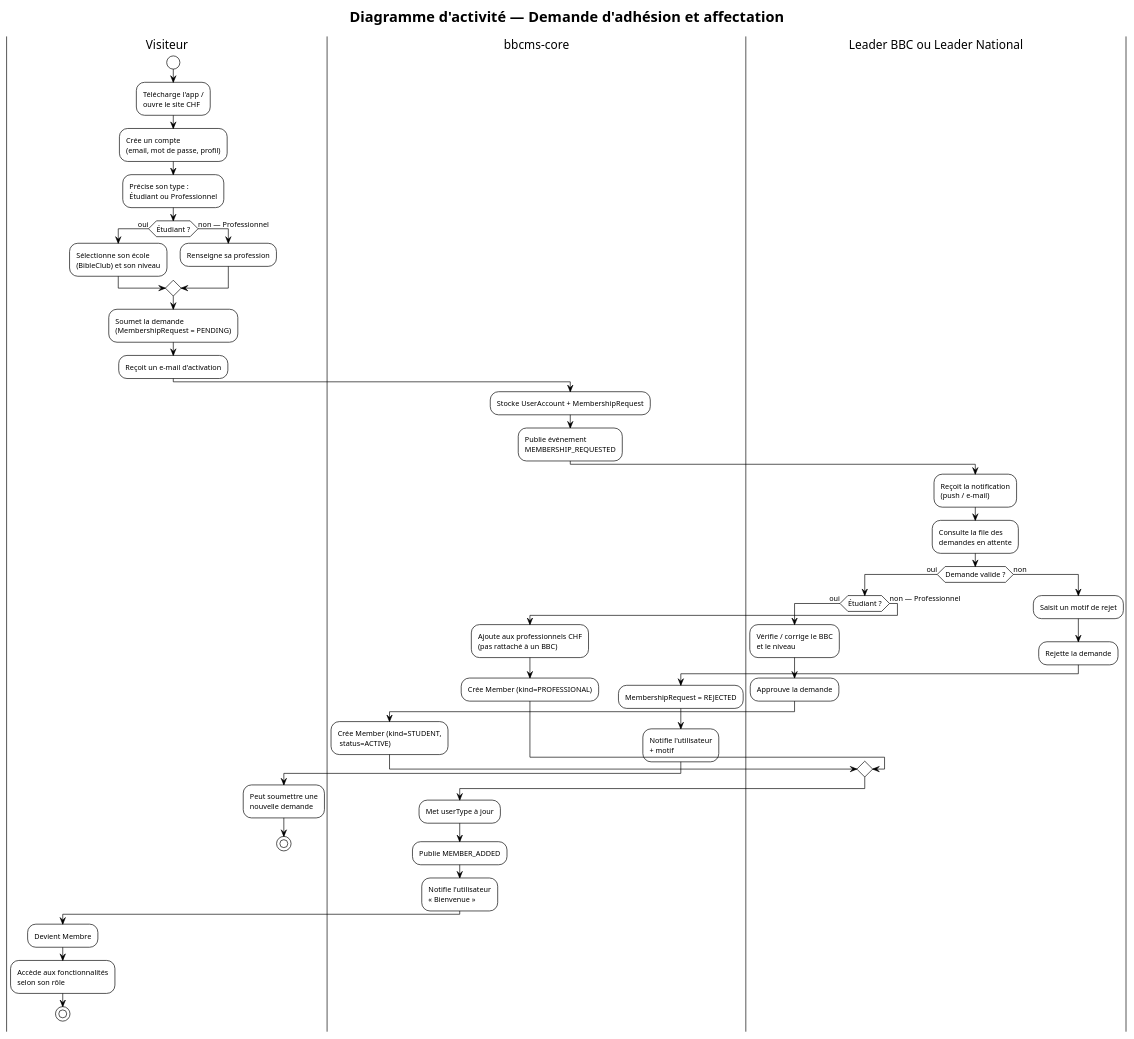
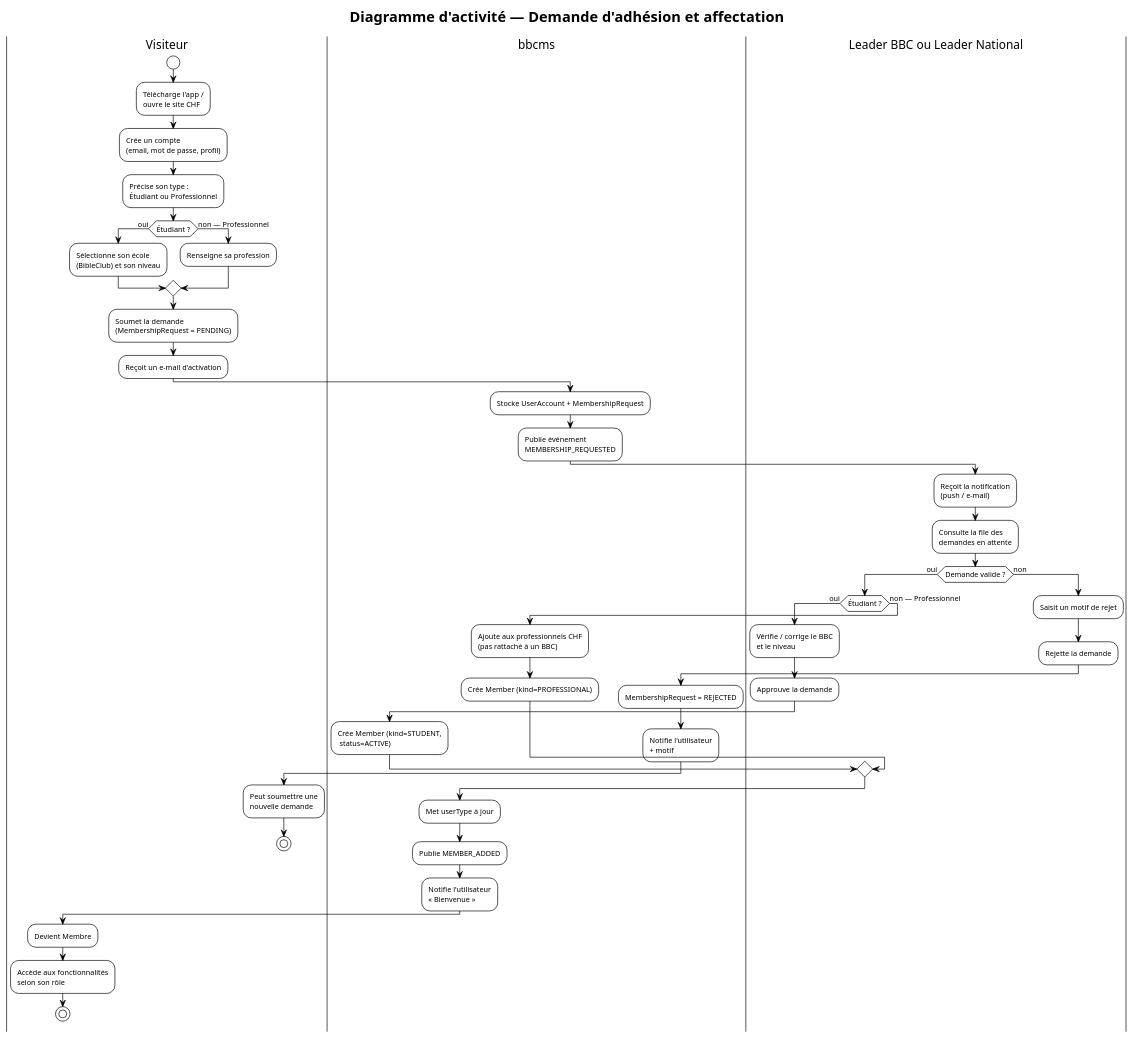
The diagram in bbcms/diagrams/act-membership-request.puml (TF-Jordan/CairTech), drawn with PlantUML before and after one commit. The commit also changed 34 other files, not shown here.

```diff
--- a/bbcms/diagrams/act-membership-request.puml
+++ b/bbcms/diagrams/act-membership-request.puml
@@ -1,61 +1,61 @@
 @startuml act-membership-request
 !theme plain
 skinparam activityFontSize 11
 
 title Diagramme d'activité — Demande d'adhésion et affectation
 
 |Visiteur|
 start
 :Télécharge l'app /\nouvre le site CHF;
 :Crée un compte\n(email, mot de passe, profil);
 :Précise son type :\nÉtudiant ou Professionnel;
 
 if (Étudiant ?) then (oui)
     :Sélectionne son école\n(BibleClub) et son niveau;
 else (non — Professionnel)
     :Renseigne sa profession;
 endif
 
 :Soumet la demande\n(MembershipRequest = PENDING);
 :Reçoit un e-mail d'activation;
 
-|bbcms-core|
+|bbcms|
 :Stocke UserAccount + MembershipRequest;
 :Publie événement\nMEMBERSHIP_REQUESTED;
 
 |Leader BBC ou Leader National|
 :Reçoit la notification\n(push / e-mail);
 :Consulte la file des\ndemandes en attente;
 
 if (Demande valide ?) then (oui)
     if (Étudiant ?) then (oui)
         :Vérifie / corrige le BBC\net le niveau;
         :Approuve la demande;
-        |bbcms-core|
+        |bbcms|
         :Crée Member (kind=STUDENT,\n status=ACTIVE);
     else (non — Professionnel)
         :Ajoute aux professionnels CHF\n(pas rattaché à un BBC);
-        |bbcms-core|
+        |bbcms|
         :Crée Member (kind=PROFESSIONAL);
     endif
 
     :Met userType à jour;
     :Publie MEMBER_ADDED;
     :Notifie l'utilisateur\n« Bienvenue »;
     |Visiteur|
     :Devient Membre;
     :Accède aux fonctionnalités\nselon son rôle;
     stop
 else (non)
     |Leader BBC ou Leader National|
     :Saisit un motif de rejet;
     :Rejette la demande;
-    |bbcms-core|
+    |bbcms|
     :MembershipRequest = REJECTED;
     :Notifie l'utilisateur\n+ motif;
     |Visiteur|
     :Peut soumettre une\nnouvelle demande;
     stop
 endif
 
 @enduml
```
